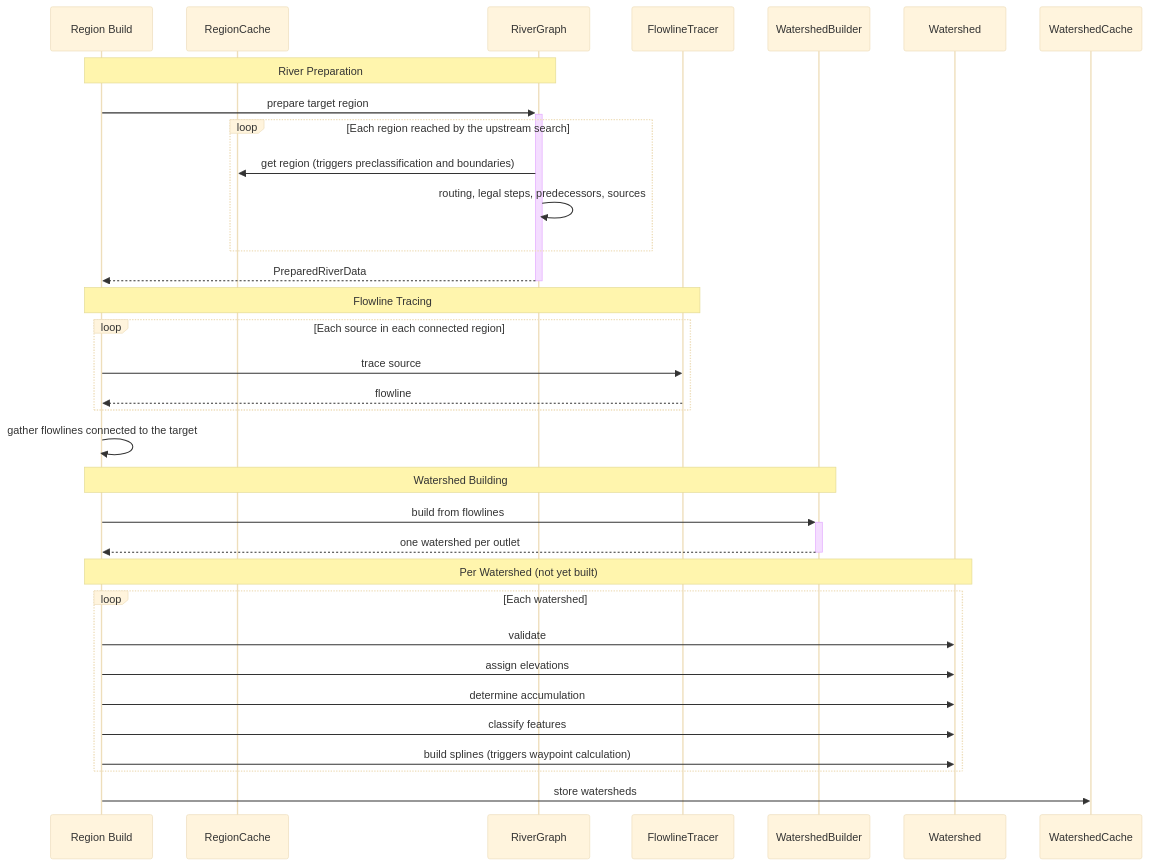
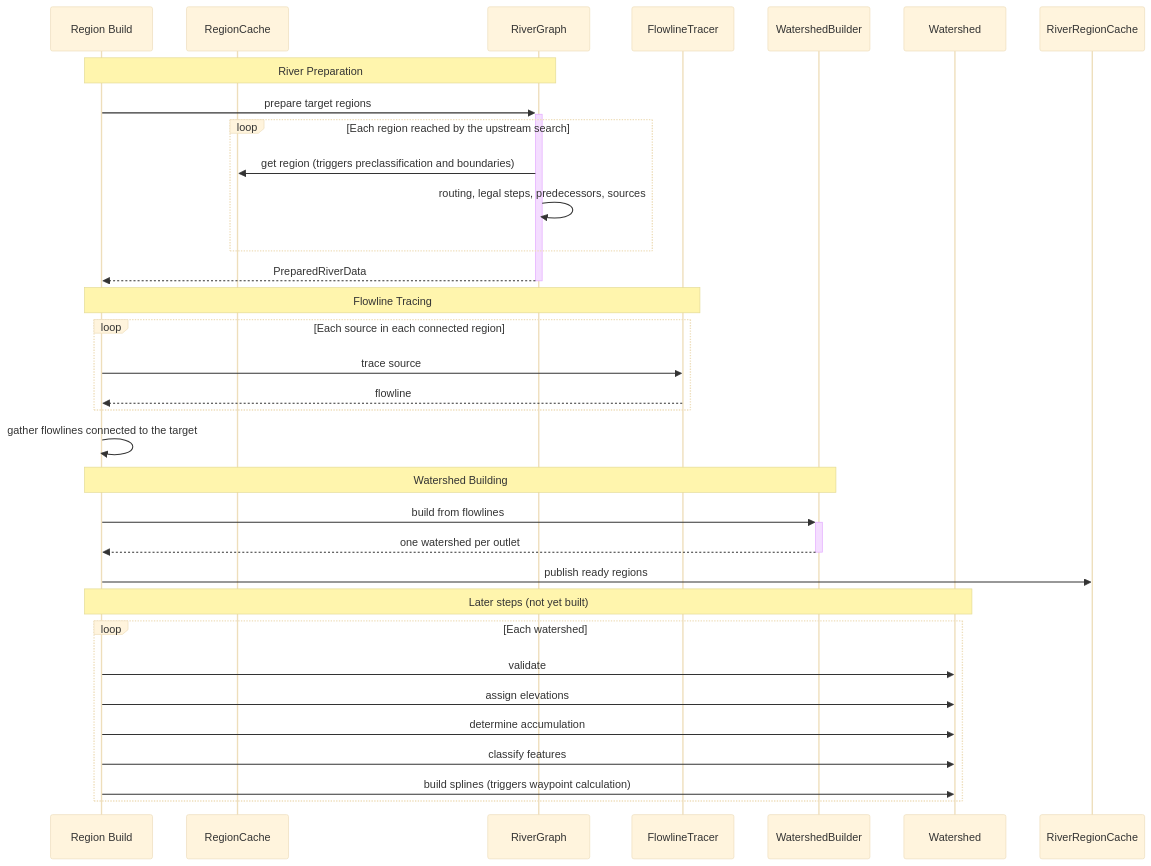
The fourth of 22 diagrams in docs/features/rivers/Rough Diagrams.md (SoSly/RiverTale), drawn with Mermaid (base theme) before and after one commit. The commit also changed other lines of this file and 39 other files, not shown here.

````diff
--- a/docs/features/rivers/Rough Diagrams.md
+++ b/docs/features/rivers/Rough Diagrams.md
@@ -136,40 +115,39 @@
 ```mermaid
 sequenceDiagram
     participant Build as Region Build
     participant RegionCache
     participant RiverGraph
     participant FlowlineTracer
     participant WatershedBuilder
     participant Watershed
-    participant WatershedCache
+    participant RiverRegionCache
 
     Note over Build,RiverGraph: River Preparation
-    Build ->>+ RiverGraph: prepare target region
+    Build ->>+ RiverGraph: prepare target regions
     loop Each region reached by the upstream search
         RiverGraph ->> RegionCache: get region (triggers preclassification and boundaries)
         RiverGraph ->> RiverGraph: routing, legal steps, predecessors, sources
     end
     RiverGraph -->>- Build: PreparedRiverData
 
     Note over Build,FlowlineTracer: Flowline Tracing
     loop Each source in each connected region
         Build ->> FlowlineTracer: trace source
         FlowlineTracer -->> Build: flowline
     end
     Build ->> Build: gather flowlines connected to the target
 
     Note over Build,WatershedBuilder: Watershed Building
     Build ->>+ WatershedBuilder: build from flowlines
     WatershedBuilder -->>- Build: one watershed per outlet
+    Build ->> RiverRegionCache: publish ready regions
 
-    Note over Build,Watershed: Per Watershed (not yet built)
+    Note over Build,Watershed: Later steps (not yet built)
     loop Each watershed
         Build ->> Watershed: validate
         Build ->> Watershed: assign elevations
         Build ->> Watershed: determine accumulation
         Build ->> Watershed: classify features
         Build ->> Watershed: build splines (triggers waypoint calculation)
     end
-
-    Build ->> WatershedCache: store watersheds
 ```
````
